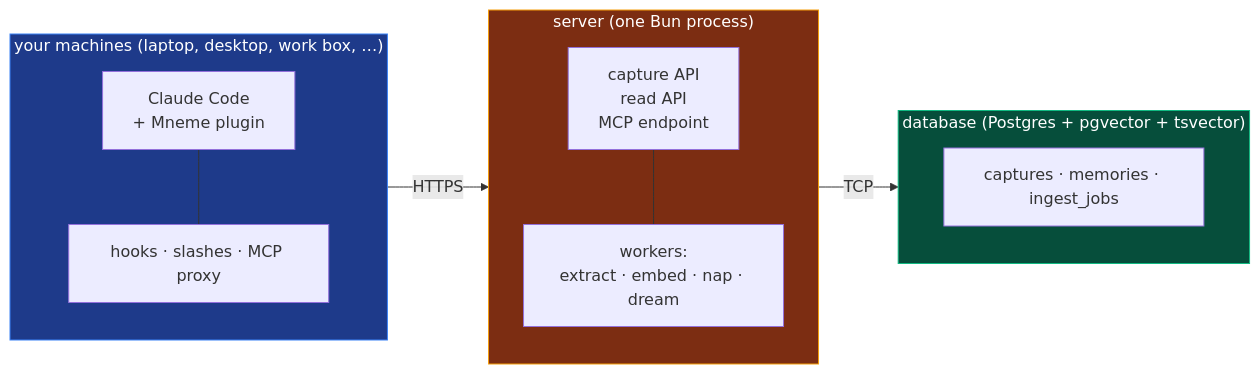
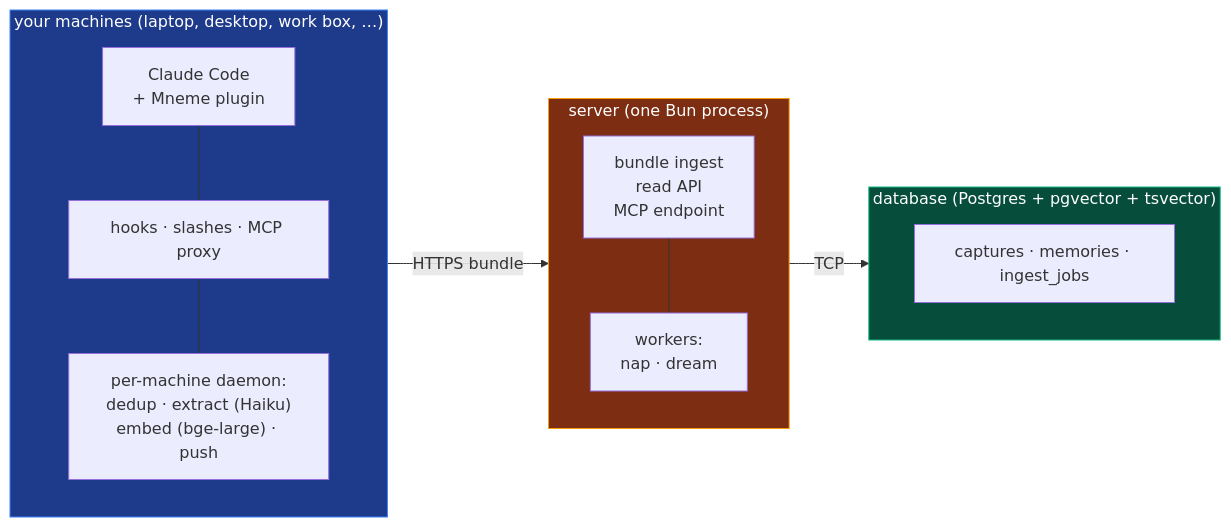
Before and after one commit to j10ra/mneme: the diagram in README.md, drawn with Mermaid. The commit also changed other lines of this file, not shown here.

First line of the commit message:
docs(readme): rename "Install" → "Setup" and reflect distributed-extract

````diff
--- a/README.md
+++ b/README.md
@@ -27,30 +27,32 @@
 ```mermaid
 flowchart LR
     subgraph Machines["your machines (laptop, desktop, work box, …)"]
         direction TB
         CC["Claude Code<br/>+ Mneme plugin"]
         Hooks["hooks · slashes · MCP proxy"]
+        Daemon["per-machine daemon:<br/>dedup · extract (Haiku)<br/>embed (bge-large) · push"]
         CC --- Hooks
+        Hooks --- Daemon
     end
 
     subgraph Server["server (one Bun process)"]
         direction TB
-        API["capture API<br/>read API<br/>MCP endpoint"]
-        Workers["workers:<br/>extract · embed · nap · dream"]
+        API["bundle ingest<br/>read API<br/>MCP endpoint"]
+        Workers["workers:<br/>nap · dream"]
         API --- Workers
     end
 
     subgraph DB["database (Postgres + pgvector + tsvector)"]
         Tables["captures · memories · ingest_jobs"]
     end
 
-    Machines -- HTTPS --> Server
+    Machines -- HTTPS bundle --> Server
     Server -- TCP --> DB
 
     classDef m fill:#1e3a8a,stroke:#3b82f6,color:#fff
     classDef s fill:#7c2d12,stroke:#f59e0b,color:#fff
     classDef d fill:#064e3b,stroke:#10b981,color:#fff
     class Machines m
     class Server s
     class DB d
 ```
````
